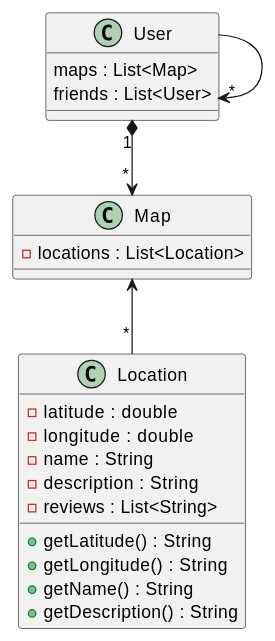
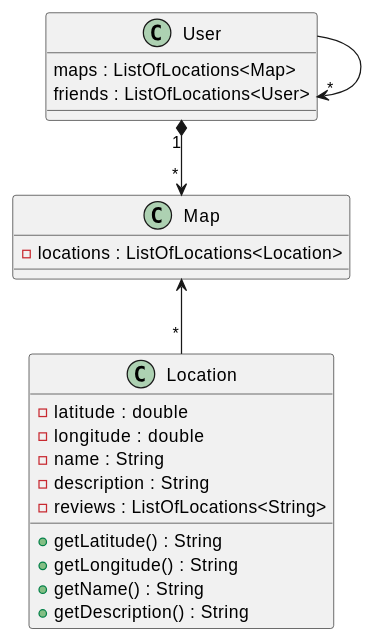
The diagram in docs/08_concepts.adoc (Arquisoft/lomap_en2a), drawn with PlantUML before and after one commit. The commit also changed 12 other files, not shown here.

```diff
--- a/docs/08_concepts.adoc
+++ b/docs/08_concepts.adoc
@@ -57,26 +57,26 @@
 [plantuml,Domain model,png]
 ----
 class Map
-    Map : - locations : List<Location>
+    Map : - locations : ListOfLocations<Location>
 
 class Location
     Location : - latitude : double
     Location : - longitude : double    
     Location : - name : String
     Location : - description : String
-    Location : - reviews : List<String>
+    Location : - reviews : ListOfLocations<String>
 
     Location : + getLatitude() : String
     Location : + getLongitude() : String
     Location : + getName() : String
     Location : + getDescription() : String
 
 class User
-    User : maps : List<Map>
-    User : friends : List<User>
+    User : maps : ListOfLocations<Map>
+    User : friends : ListOfLocations<User>
 
 
 Map <-- "*" Location
 User "1" *--> "*" Map 
 User --> "*" User
 ----
```
